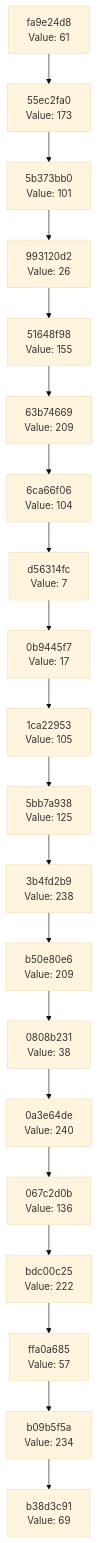
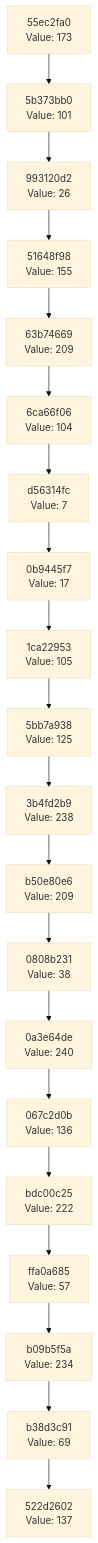
The diagram in docs/CHAIN_VISUALIZATION.md (Abhisheksinha1506/hash-chain-evolver), drawn with Mermaid (base theme) before and after one commit. The commit also changed 2 other files, not shown here.

Commit message:
Evolution Step

````diff
--- a/docs/CHAIN_VISUALIZATION.md
+++ b/docs/CHAIN_VISUALIZATION.md
@@ -3,42 +3,42 @@
 ```mermaid
 graph TD
-    C0["b38d3c91<br/>Value: 69"]
-    C1["b09b5f5a<br/>Value: 234"]
+    C0["522d2602<br/>Value: 137"]
+    C1["b38d3c91<br/>Value: 69"]
     C1 --> C0
-    C2["ffa0a685<br/>Value: 57"]
+    C2["b09b5f5a<br/>Value: 234"]
     C2 --> C1
-    C3["bdc00c25<br/>Value: 222"]
+    C3["ffa0a685<br/>Value: 57"]
     C3 --> C2
-    C4["067c2d0b<br/>Value: 136"]
+    C4["bdc00c25<br/>Value: 222"]
     C4 --> C3
-    C5["0a3e64de<br/>Value: 240"]
+    C5["067c2d0b<br/>Value: 136"]
     C5 --> C4
-    C6["0808b231<br/>Value: 38"]
+    C6["0a3e64de<br/>Value: 240"]
     C6 --> C5
-    C7["b50e80e6<br/>Value: 209"]
+    C7["0808b231<br/>Value: 38"]
     C7 --> C6
-    C8["3b4fd2b9<br/>Value: 238"]
+    C8["b50e80e6<br/>Value: 209"]
     C8 --> C7
-    C9["5bb7a938<br/>Value: 125"]
+    C9["3b4fd2b9<br/>Value: 238"]
     C9 --> C8
-    C10["1ca22953<br/>Value: 105"]
+    C10["5bb7a938<br/>Value: 125"]
     C10 --> C9
-    C11["0b9445f7<br/>Value: 17"]
+    C11["1ca22953<br/>Value: 105"]
     C11 --> C10
-    C12["d56314fc<br/>Value: 7"]
+    C12["0b9445f7<br/>Value: 17"]
     C12 --> C11
-    C13["6ca66f06<br/>Value: 104"]
+    C13["d56314fc<br/>Value: 7"]
     C13 --> C12
-    C14["63b74669<br/>Value: 209"]
+    C14["6ca66f06<br/>Value: 104"]
     C14 --> C13
-    C15["51648f98<br/>Value: 155"]
+    C15["63b74669<br/>Value: 209"]
     C15 --> C14
-    C16["993120d2<br/>Value: 26"]
+    C16["51648f98<br/>Value: 155"]
     C16 --> C15
-    C17["5b373bb0<br/>Value: 101"]
+    C17["993120d2<br/>Value: 26"]
     C17 --> C16
-    C18["55ec2fa0<br/>Value: 173"]
+    C18["5b373bb0<br/>Value: 101"]
     C18 --> C17
-    C19["fa9e24d8<br/>Value: 61"]
+    C19["55ec2fa0<br/>Value: 173"]
     C19 --> C18
 ```
````
